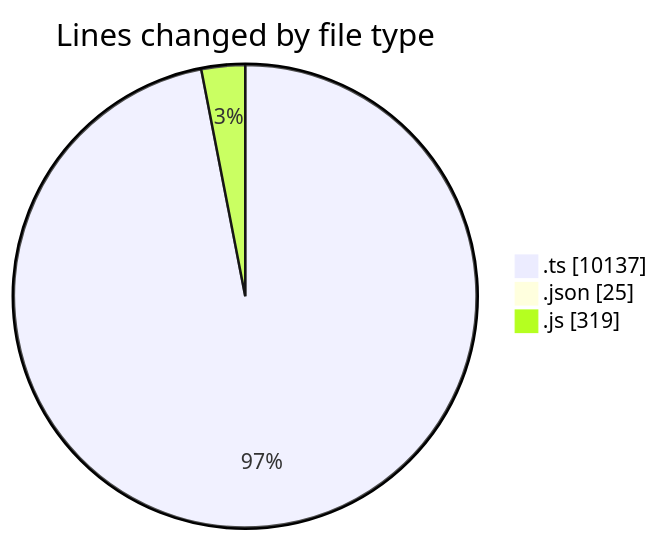
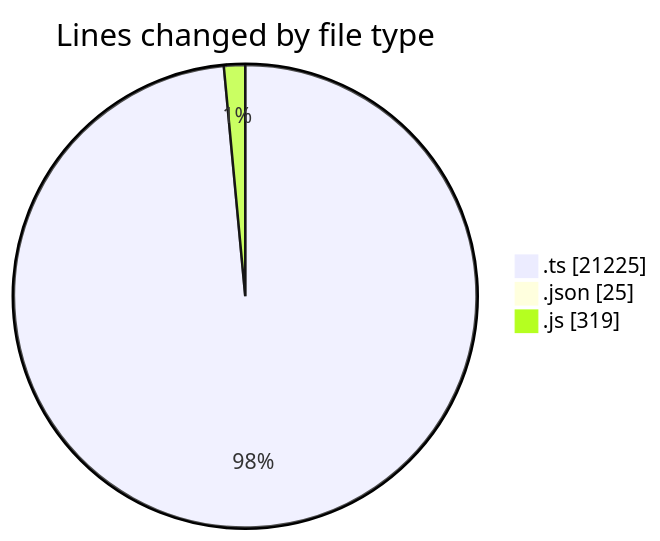
Before and after one commit to momahboobian/code-tracking: the first of 2 diagrams in 2025-09-10/cda/README.md, drawn with Mermaid. The commit also changed other lines of this file and 1 other file, not shown here.

````diff
--- a/2025-09-10/cda/README.md
+++ b/2025-09-10/cda/README.md
@@ -24,7 +28,7 @@
 ```mermaid
 pie showData
 title Lines changed by file type
-".ts" : 10137
+".ts" : 21225
 ".json" : 25
 ".js" : 319
 ```
````
